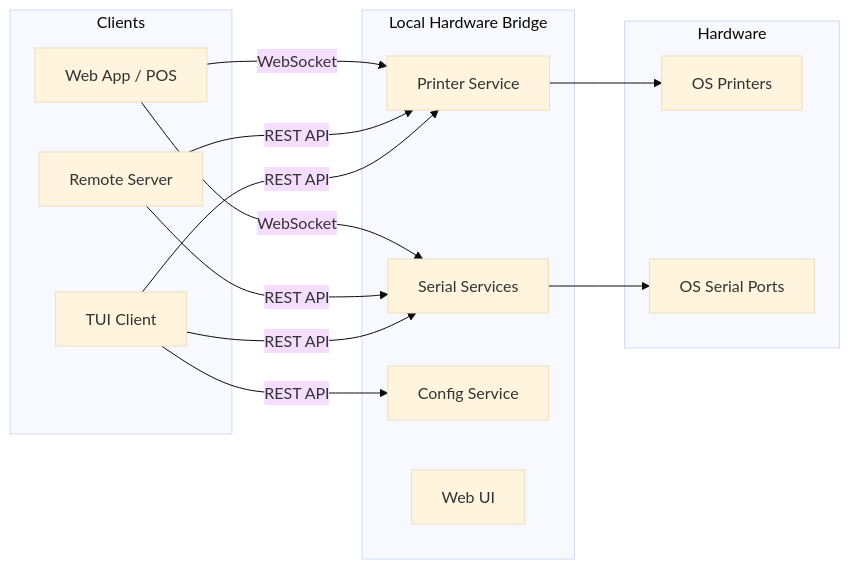
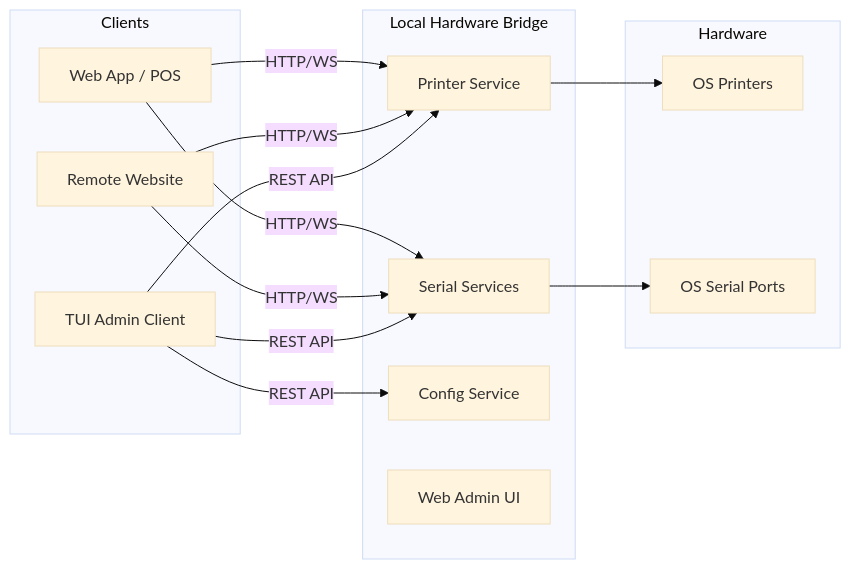
One commit to AugustinLR17/local-hardware-bridge changed the third of 4 diagrams in README.md. Above: the diagram before and after it, drawn with Mermaid (base theme). The commit also changed other lines of this file and 9 other files, not shown here.

First line of the commit message:
Add Server Mode printer SDK and clarify operating modes

````diff
--- a/README.md
+++ b/README.md
@@ -48,31 +93,31 @@
 ```mermaid
 graph LR
     subgraph Clients
         Browser[Web App / POS]
-        Remote[Remote Server]
-        TUI[TUI Client]
+        Remote[Remote Website]
+        TUI[TUI Admin Client]
     end
 
     subgraph LHB[Local Hardware Bridge]
         PrinterSvc[Printer Service]
         SerialSvc[Serial Services]
         ConfigSvc[Config Service]
-        WebUI[Web UI]
+        WebUI[Web Admin UI]
     end
 
     subgraph Hardware
         Printers[OS Printers]
         SerialPorts[OS Serial Ports]
     end
 
-    Browser -- WebSocket --> PrinterSvc
-    Browser -- WebSocket --> SerialSvc
-    Remote -- REST API --> PrinterSvc
-    Remote -- REST API --> SerialSvc
+    Browser -- HTTP/WS --> PrinterSvc
+    Browser -- HTTP/WS --> SerialSvc
+    Remote -- HTTP/WS --> PrinterSvc
+    Remote -- HTTP/WS --> SerialSvc
     TUI -- REST API --> ConfigSvc
     TUI -- REST API --> PrinterSvc
     TUI -- REST API --> SerialSvc
 
     PrinterSvc --> Printers
     SerialSvc --> SerialPorts
 ```
````
